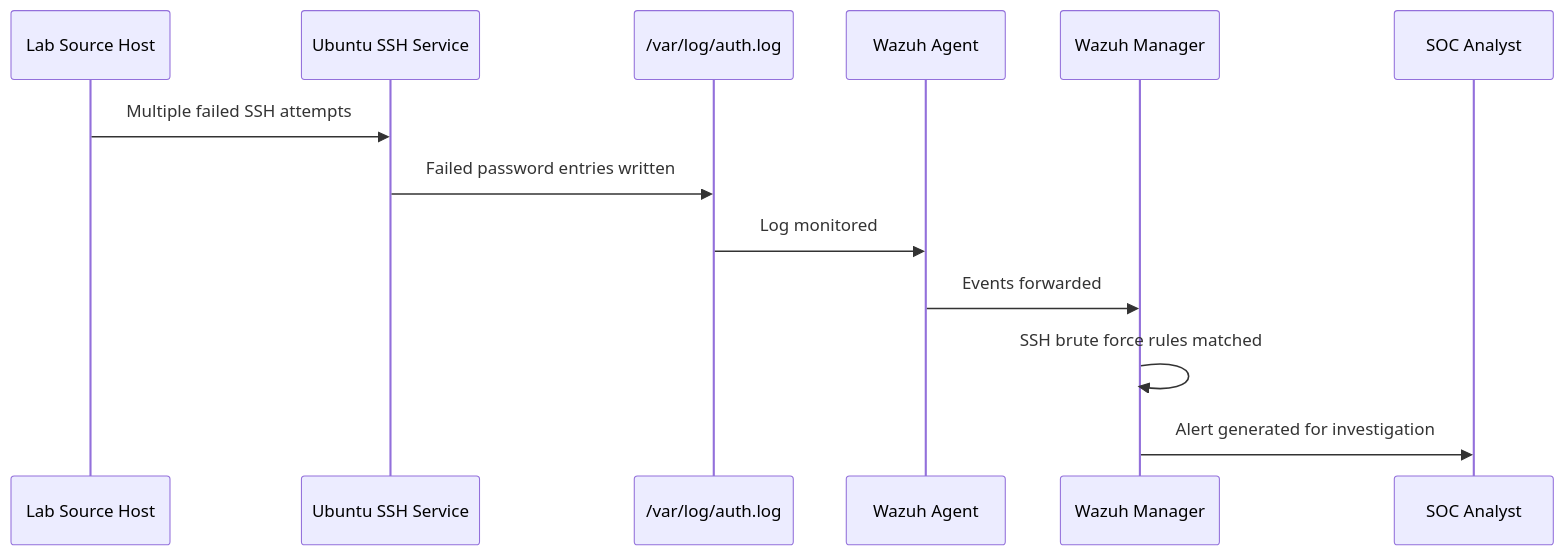
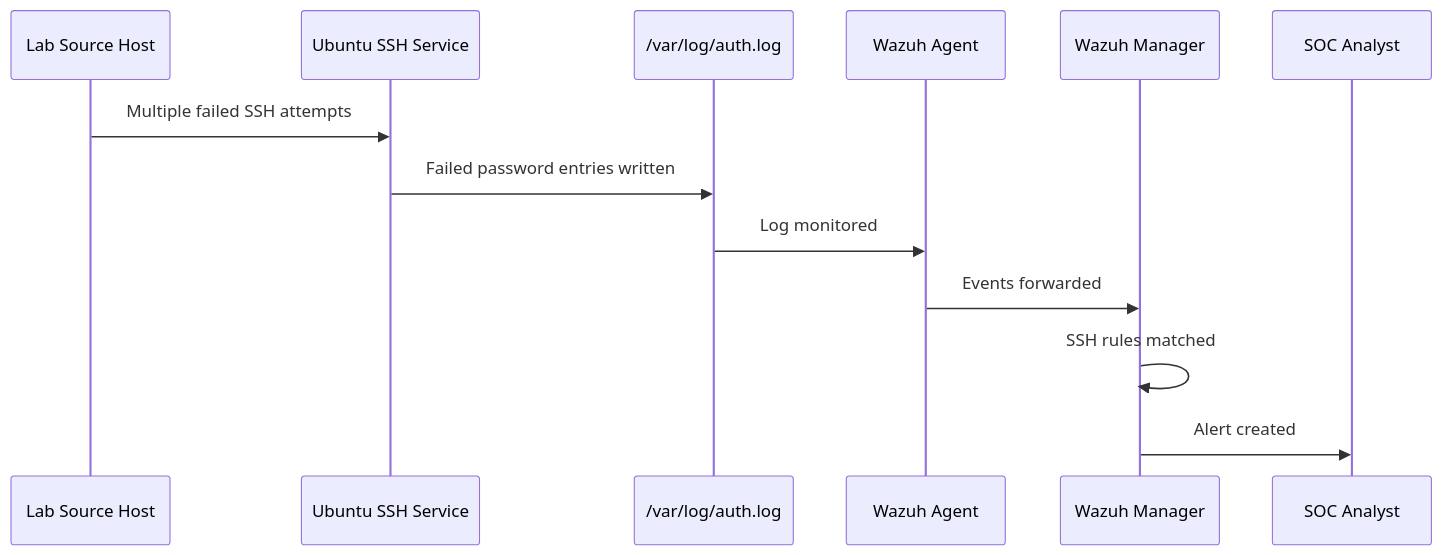
Before and after one commit to Jazz00001/enterprise-soc-lab-wazuh-mitre-detection: the fifth of 7 diagrams in README.md, drawn with Mermaid. The commit also changed other lines of this file, not shown here.

````diff
--- a/README.md
+++ b/README.md
@@ -393,16 +358,16 @@
 ```mermaid
 sequenceDiagram
     participant Source as Lab Source Host
     participant SSH as Ubuntu SSH Service
     participant Auth as /var/log/auth.log
     participant Agent as Wazuh Agent
     participant Wazuh as Wazuh Manager
     participant SOC as SOC Analyst
 
     Source->>SSH: Multiple failed SSH attempts
     SSH->>Auth: Failed password entries written
     Auth->>Agent: Log monitored
     Agent->>Wazuh: Events forwarded
-    Wazuh->>Wazuh: SSH brute force rules matched
-    Wazuh->>SOC: Alert generated for investigation
+    Wazuh->>Wazuh: SSH rules matched
+    Wazuh->>SOC: Alert created
 ```
````
